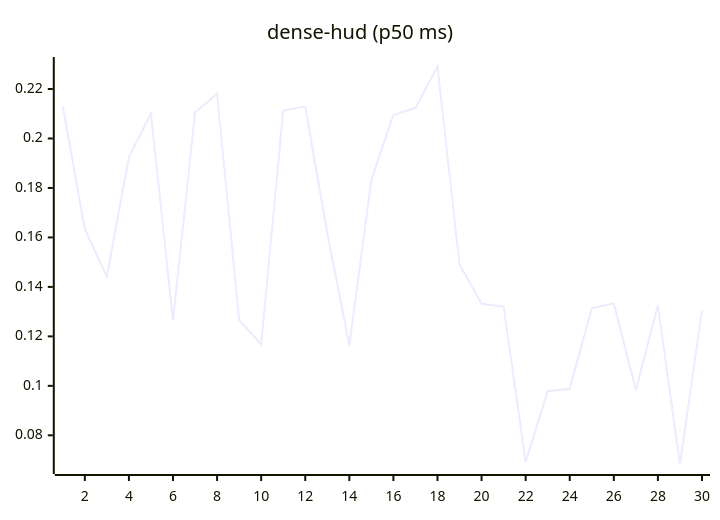
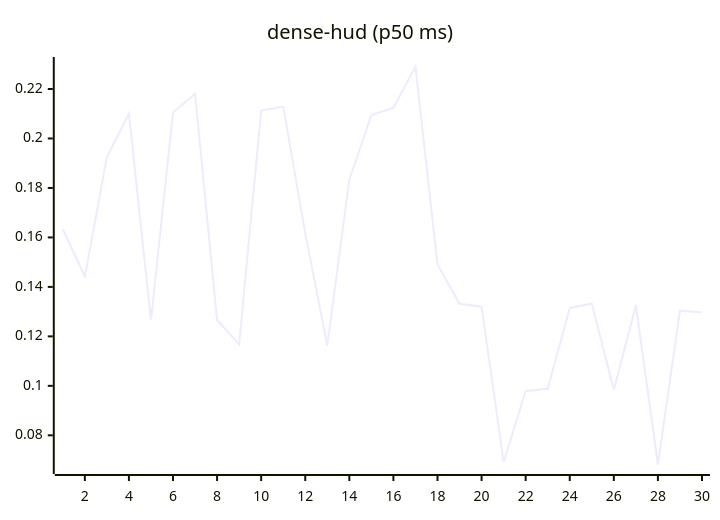
Before and after one commit to josha/Facet: the eighth of 27 diagrams in README.md, drawn with Mermaid. The commit also changed other lines of this file and 2 other files, not shown here.

````diff
--- a/README.md
+++ b/README.md
@@ -112,6 +112,6 @@
 ```mermaid
 xychart-beta
     title "dense-hud (p50 ms)"
     x-axis 1 --> 30
-    line [0.2129, 0.1633, 0.1442, 0.1925, 0.2100, 0.1266, 0.2105, 0.2181, 0.1266, 0.1168, 0.2113, 0.2129, 0.1617, 0.1163, 0.1833, 0.2095, 0.2124, 0.2291, 0.1491, 0.1332, 0.1320, 0.0692, 0.0978, 0.0988, 0.1314, 0.1333, 0.0983, 0.1326, 0.0682, 0.1304]
+    line [0.1633, 0.1442, 0.1925, 0.2100, 0.1266, 0.2105, 0.2181, 0.1266, 0.1168, 0.2113, 0.2129, 0.1617, 0.1163, 0.1833, 0.2095, 0.2124, 0.2291, 0.1491, 0.1332, 0.1320, 0.0692, 0.0978, 0.0988, 0.1314, 0.1333, 0.0983, 0.1326, 0.0682, 0.1304, 0.1297]
 ```
````
